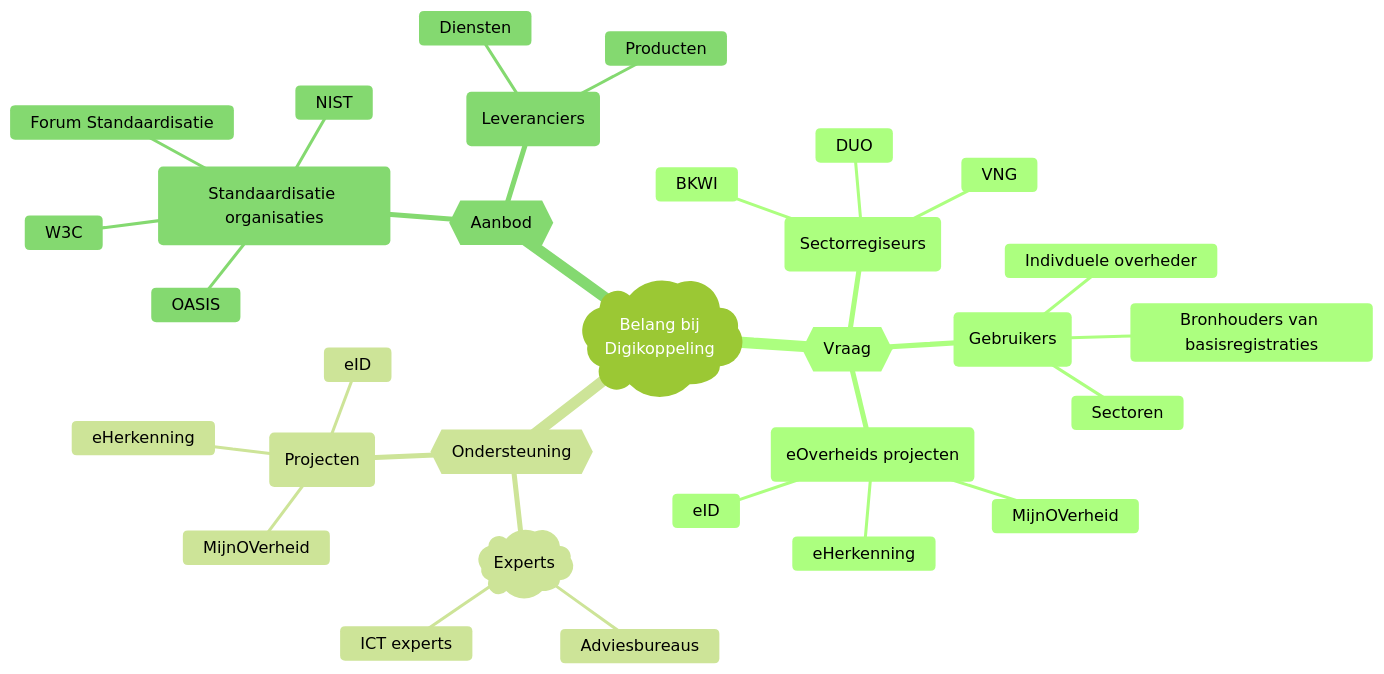
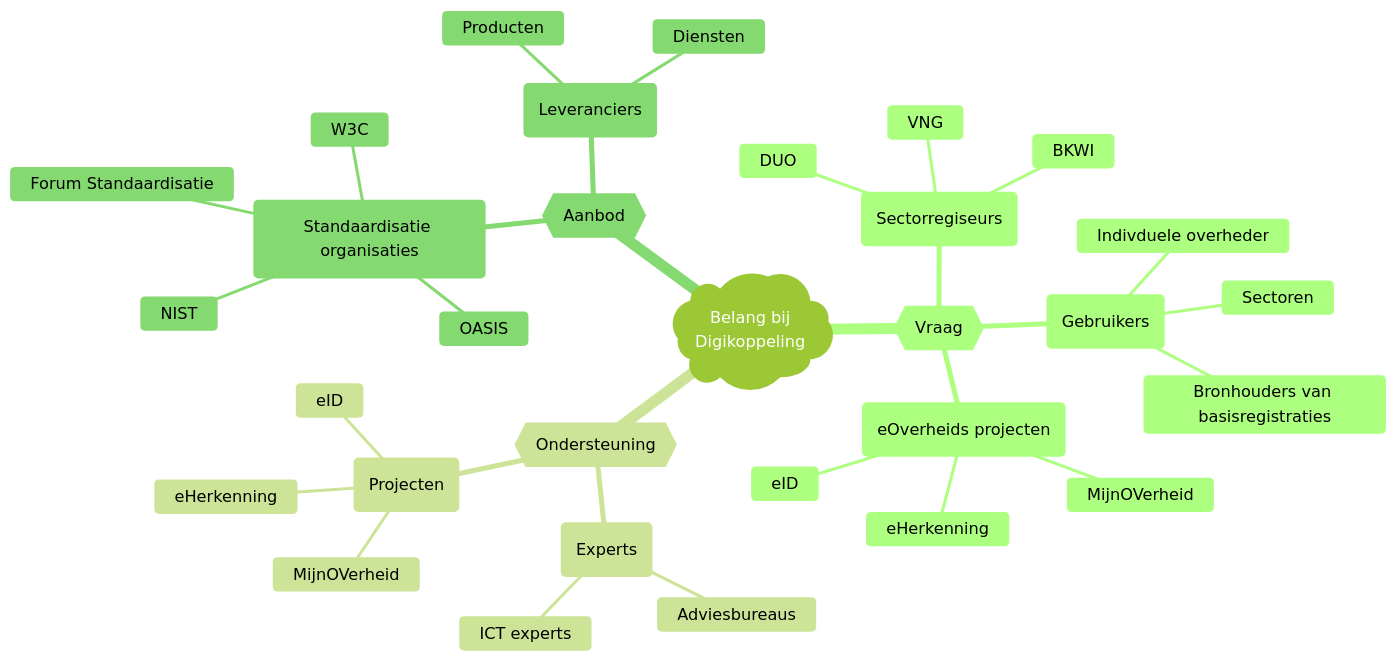
One commit to Logius-standaarden/Digikoppeling-Beheermodel changed the diagram in ch03_Tactiek.md. Above: the diagram before and after it, drawn with Mermaid (forest theme).

Commit message:
Update ch03_Tactiek.md
typo

````diff
--- a/ch03_Tactiek.md
+++ b/ch03_Tactiek.md
@@ -14,34 +14,34 @@
 ```mermaid
 mindmap
   root)Belang bij<br>Digikoppeling(
     {{Vraag}}
       (Sectorregiseurs)
         VNG
         DUO
         BKWI
       (Gebruikers)
         Indivduele overheder
         Sectoren
         Bronhouders van basisregistraties
       (eOverheids projecten)
         MijnOVerheid
         eHerkenning
         eID
     {{Ondersteuning}}
-      (Experts}}
+      (Experts)
         Adviesbureaus
         ICT experts
       (Projecten)
         MijnOVerheid
         eHerkenning
         eID
     {{Aanbod}}
       (Standaardisatie organisaties)
         OASIS
         W3C
         NIST
         Forum Standaardisatie
       (Leveranciers)
         Diensten
         Producten
 ```
````
